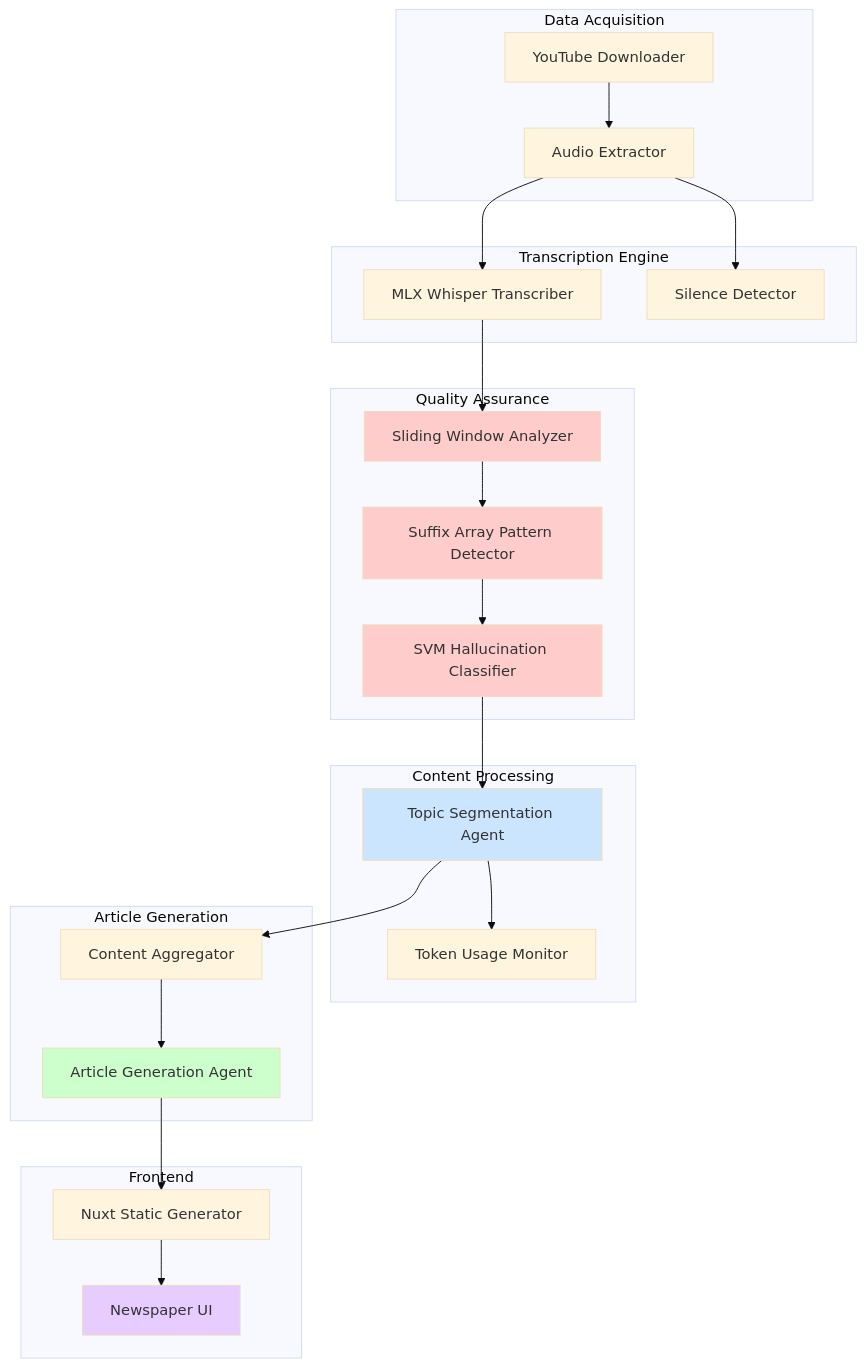
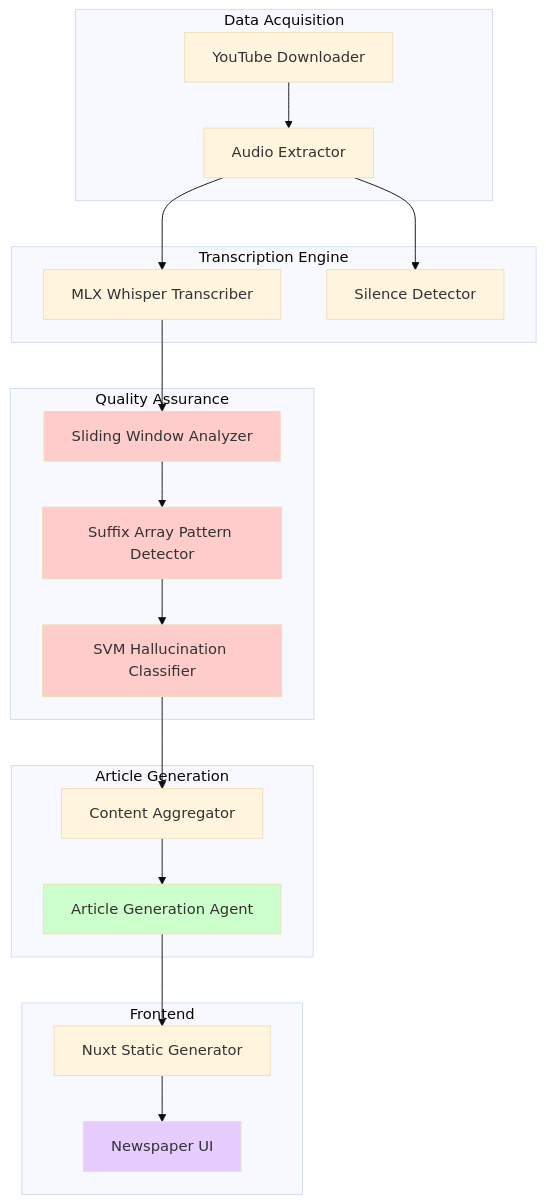
One commit to florianbuetow/agentic-news-generator changed the third of 3 diagrams in docs/lightningtalk/project-blitz.md. Above: the diagram before and after it, drawn with Mermaid (base theme). The commit also changed other lines of this file and 26 other files, not shown here.

````diff
--- a/docs/lightningtalk/project-blitz.md
+++ b/docs/lightningtalk/project-blitz.md
@@ -53,53 +51,45 @@
 ```mermaid
 graph TB
     subgraph "Data Acquisition"
         A[YouTube Downloader]
         B[Audio Extractor]
     end
 
     subgraph "Transcription Engine"
         C[MLX Whisper Transcriber]
         D[Silence Detector]
     end
 
     subgraph "Quality Assurance"
         E[Sliding Window Analyzer]
         F[Suffix Array Pattern Detector]
         G[SVM Hallucination Classifier]
     end
 
-    subgraph "Content Processing"
-        H[Topic Segmentation Agent]
-        I[Token Usage Monitor]
-    end
-
     subgraph "Article Generation"
         J[Content Aggregator]
         K[Article Generation Agent]
     end
 
     subgraph "Frontend"
         L[Nuxt Static Generator]
         M[Newspaper UI]
     end
 
     A --> B
     B --> C
     B --> D
     C --> E
     E --> F
     F --> G
-    G --> H
-    H --> I
-    H --> J
+    G --> J
     J --> K
     K --> L
     L --> M
 
     style E fill:#ffcccc
     style F fill:#ffcccc
     style G fill:#ffcccc
-    style H fill:#cce5ff
     style K fill:#ccffcc
     style M fill:#e6ccff
 ```
````
